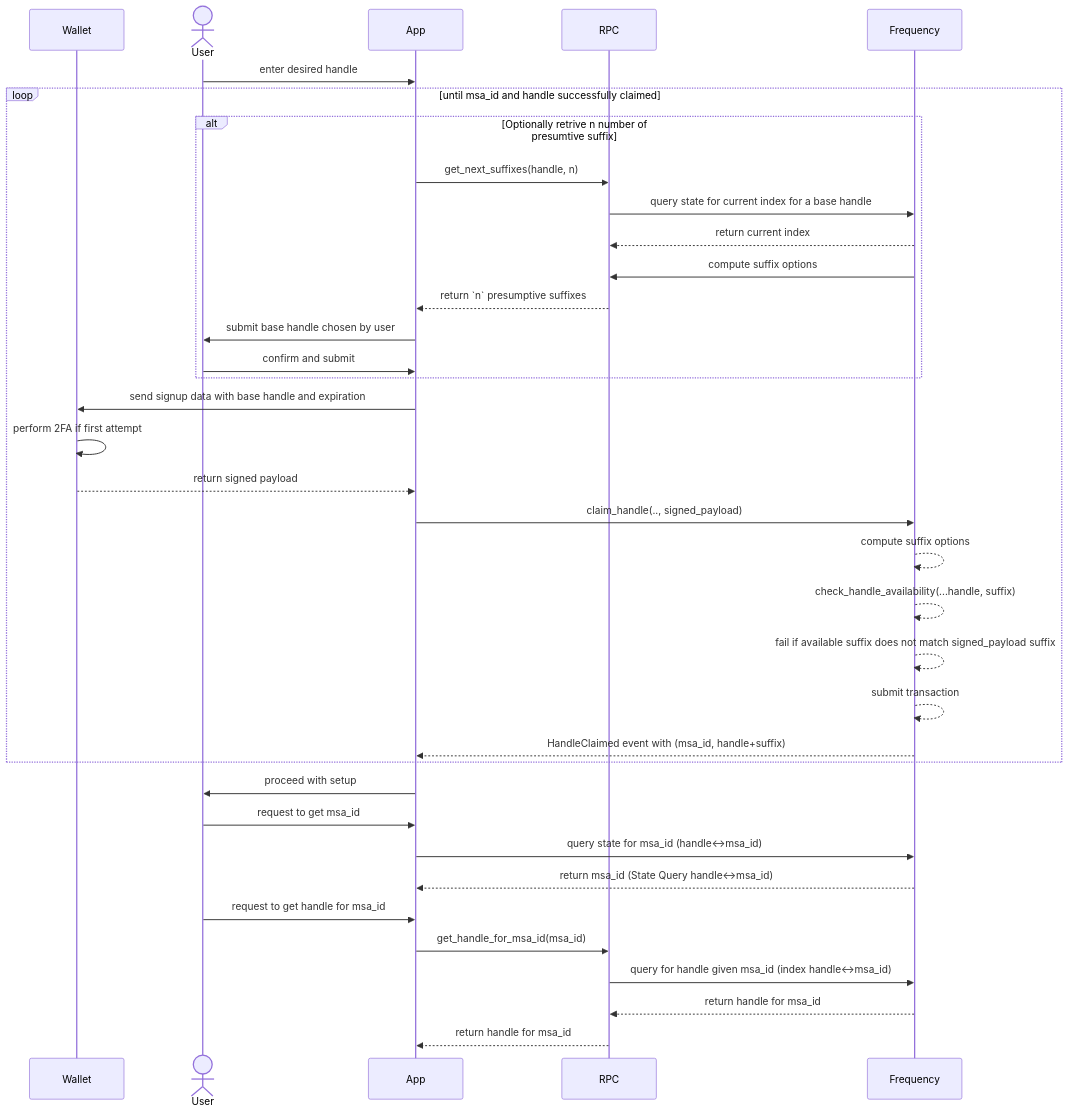
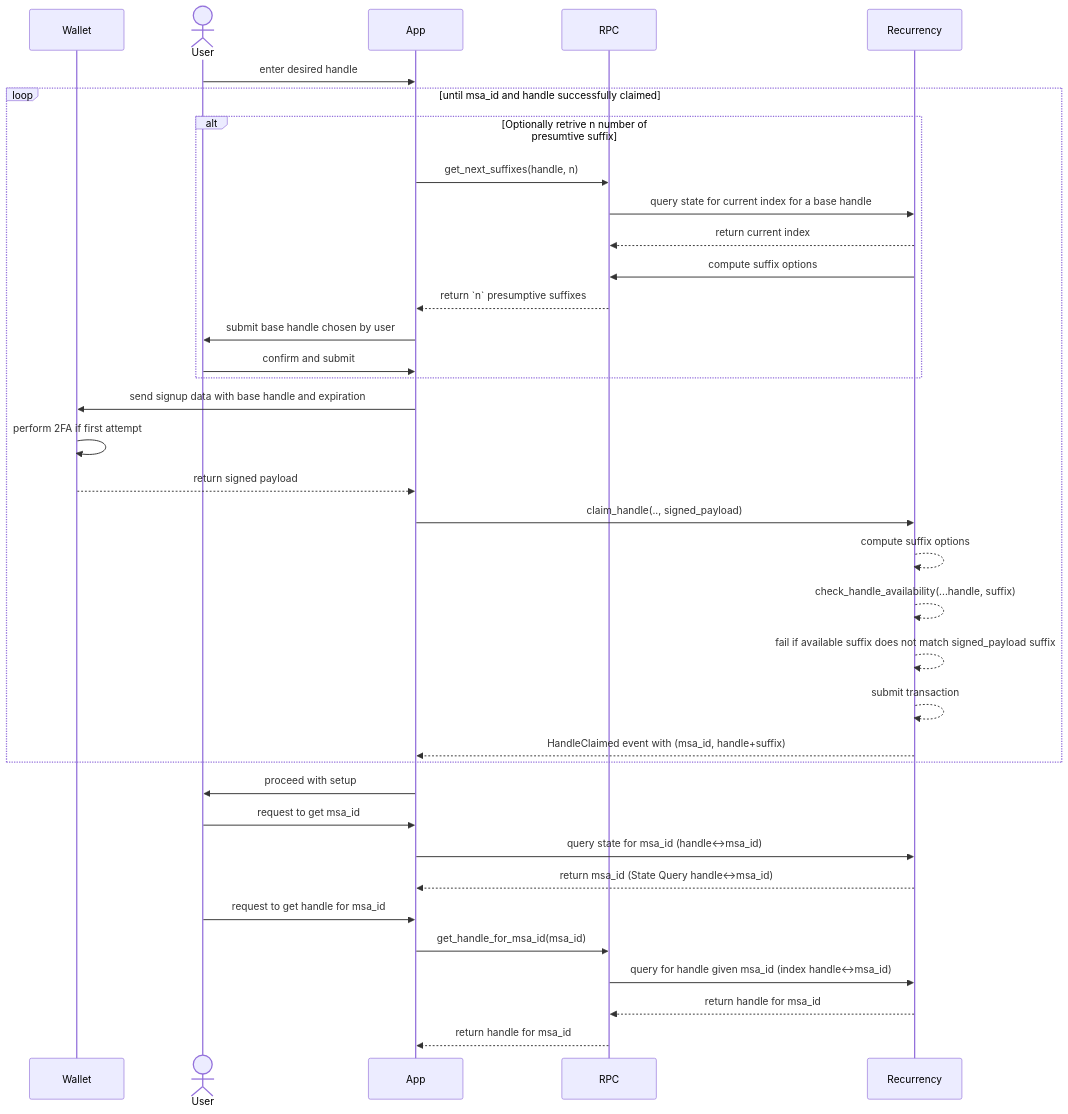
The diagram in designdocs/user-handles.md (rustadot/recurrency), drawn with Mermaid before and after one commit. The commit also changed other lines of this file and 206 other files, not shown here.

````diff
--- a/designdocs/user-handles.md
+++ b/designdocs/user-handles.md
@@ -77,38 +77,38 @@
 ```mermaid
 sequenceDiagram
     participant Wallet
     actor User
     participant App
     participant RPC
-    participant Frequency
+    participant Recurrency
     User->>App: enter desired handle
     loop until msa_id and handle successfully claimed
         alt Optionally retrive n number of presumtive suffix
         App->>RPC: get_next_suffixes(handle, n)
-        RPC->>Frequency: query state for current index for a base handle
-        Frequency-->>RPC: return current index
-        Frequency->>RPC: compute suffix options
+        RPC->>Recurrency: query state for current index for a base handle
+        Recurrency-->>RPC: return current index
+        Recurrency->>RPC: compute suffix options
         RPC-->>App: return `n` presumptive suffixes
         App->>User: submit base handle chosen by user
         User->>App: confirm and submit
         end
         App->>Wallet: send signup data with base handle and expiration
         Wallet->>Wallet: perform 2FA if first attempt
         Wallet-->>App: return signed payload
-        App->>Frequency: claim_handle(.., signed_payload)
-        Frequency-->>Frequency: compute suffix options
-        Frequency-->>Frequency: check_handle_availability(...handle, suffix)
-        Frequency-->>Frequency: fail if available suffix does not match signed_payload suffix
-        Frequency-->>Frequency: submit transaction
-        Frequency-->>App: HandleClaimed event with (msa_id, handle+suffix)
+        App->>Recurrency: claim_handle(.., signed_payload)
+        Recurrency-->>Recurrency: compute suffix options
+        Recurrency-->>Recurrency: check_handle_availability(...handle, suffix)
+        Recurrency-->>Recurrency: fail if available suffix does not match signed_payload suffix
+        Recurrency-->>Recurrency: submit transaction
+        Recurrency-->>App: HandleClaimed event with (msa_id, handle+suffix)
     end
     App->>User: proceed with setup
     User->>App: request to get msa_id
-    App->>Frequency: query state for msa_id (handle<->msa_id)
-    Frequency-->>App: return msa_id (State Query handle<->msa_id)
+    App->>Recurrency: query state for msa_id (handle<->msa_id)
+    Recurrency-->>App: return msa_id (State Query handle<->msa_id)
     User->>App: request to get handle for msa_id
     App->>RPC: get_handle_for_msa_id(msa_id)
-    RPC->>Frequency: query for handle given msa_id (index handle<->msa_id)
-    Frequency-->>RPC: return handle for msa_id
+    RPC->>Recurrency: query for handle given msa_id (index handle<->msa_id)
+    Recurrency-->>RPC: return handle for msa_id
     RPC-->>App: return handle for msa_id
 ```
````
